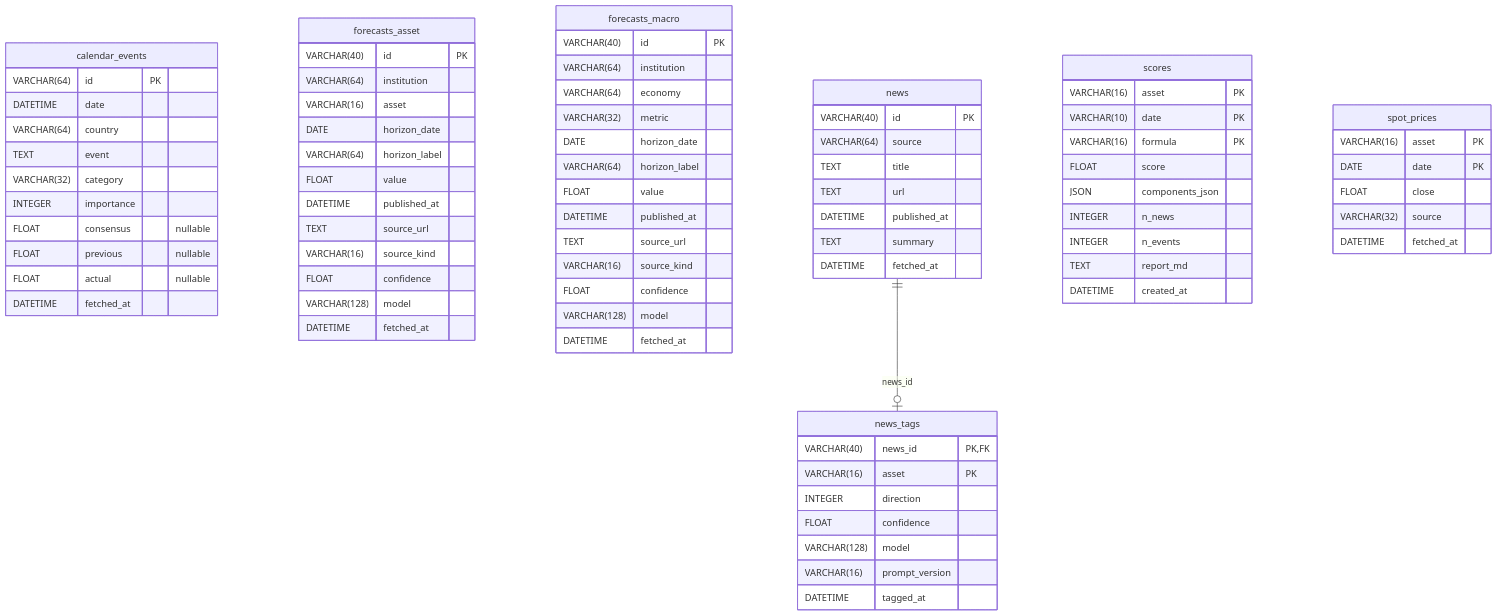
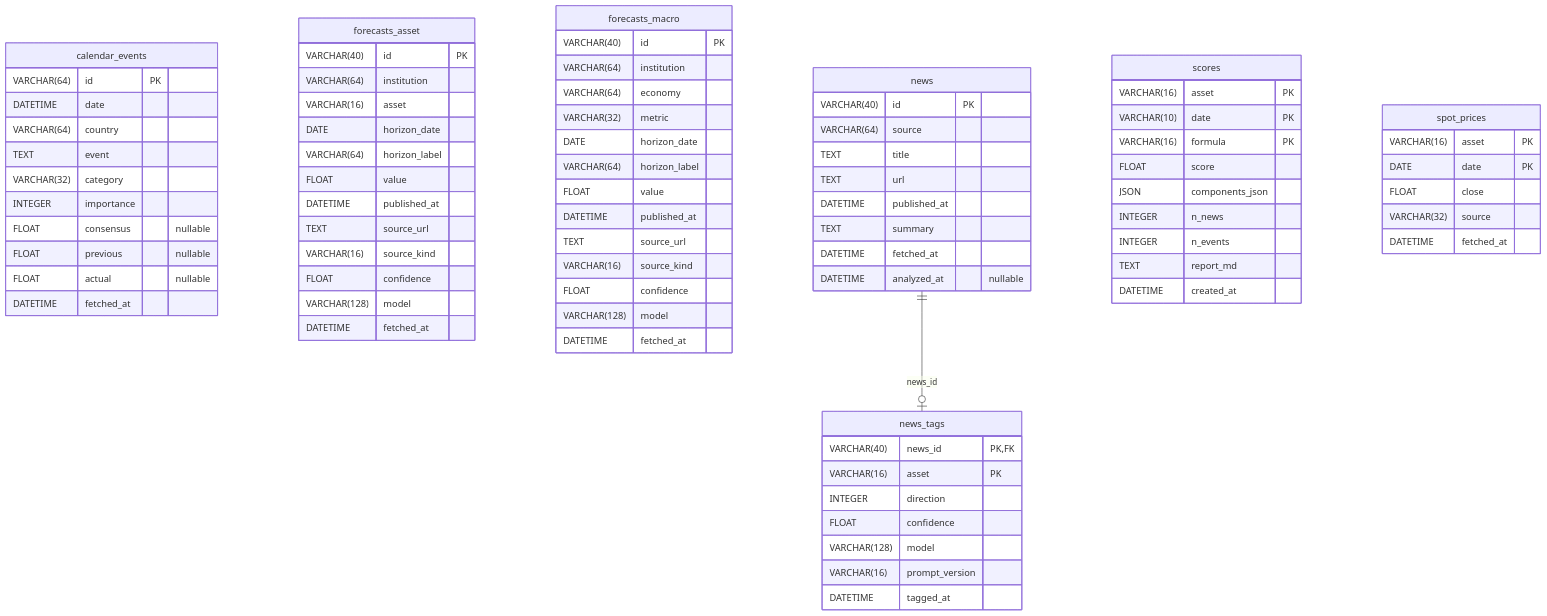
The diagram in docs/er-schema.md (sbOogway/manc), drawn with Mermaid before and after one commit. The commit also changed 6 other files, not shown here.

```diff
--- a/docs/er-schema.md
+++ b/docs/er-schema.md
@@ -65,6 +65,7 @@
     DATETIME published_at
     TEXT summary
     DATETIME fetched_at
+    DATETIME analyzed_at "nullable"
   }
 
   news_tags {
```
